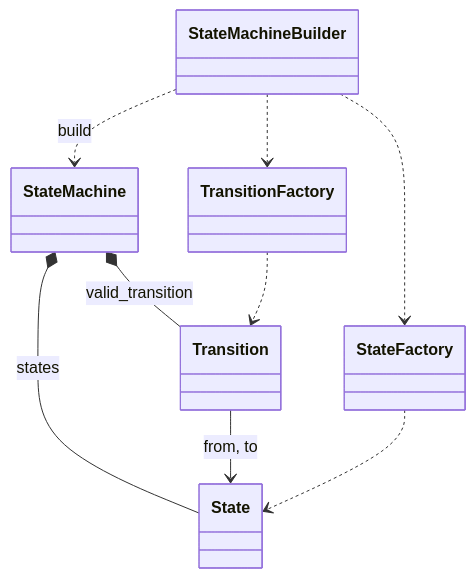
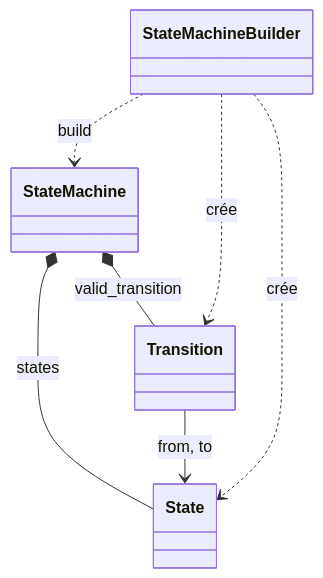
One commit to Cat-aclsym/documentation changed the first of 2 diagrams in src/content/docs/development/models/state-machine.md. Above: the diagram before and after it, drawn with Mermaid. The commit also changed other lines of this file and 10 other files, not shown here.

````diff
--- a/src/content/docs/development/models/state-machine.md
+++ b/src/content/docs/development/models/state-machine.md
@@ -11,11 +11,9 @@
 ```mermaid
 classDiagram
     StateMachine *-- State : states
     StateMachine *-- Transition : valid_transition
     Transition --> State : from, to
     StateMachineBuilder ..> StateMachine : build
-    StateMachineBuilder ..> StateFactory
-    StateMachineBuilder ..> TransitionFactory
-    StateFactory ..> State
-    TransitionFactory ..> Transition
+    StateMachineBuilder ..> State : crée
+    StateMachineBuilder ..> Transition : crée
 ```
````
